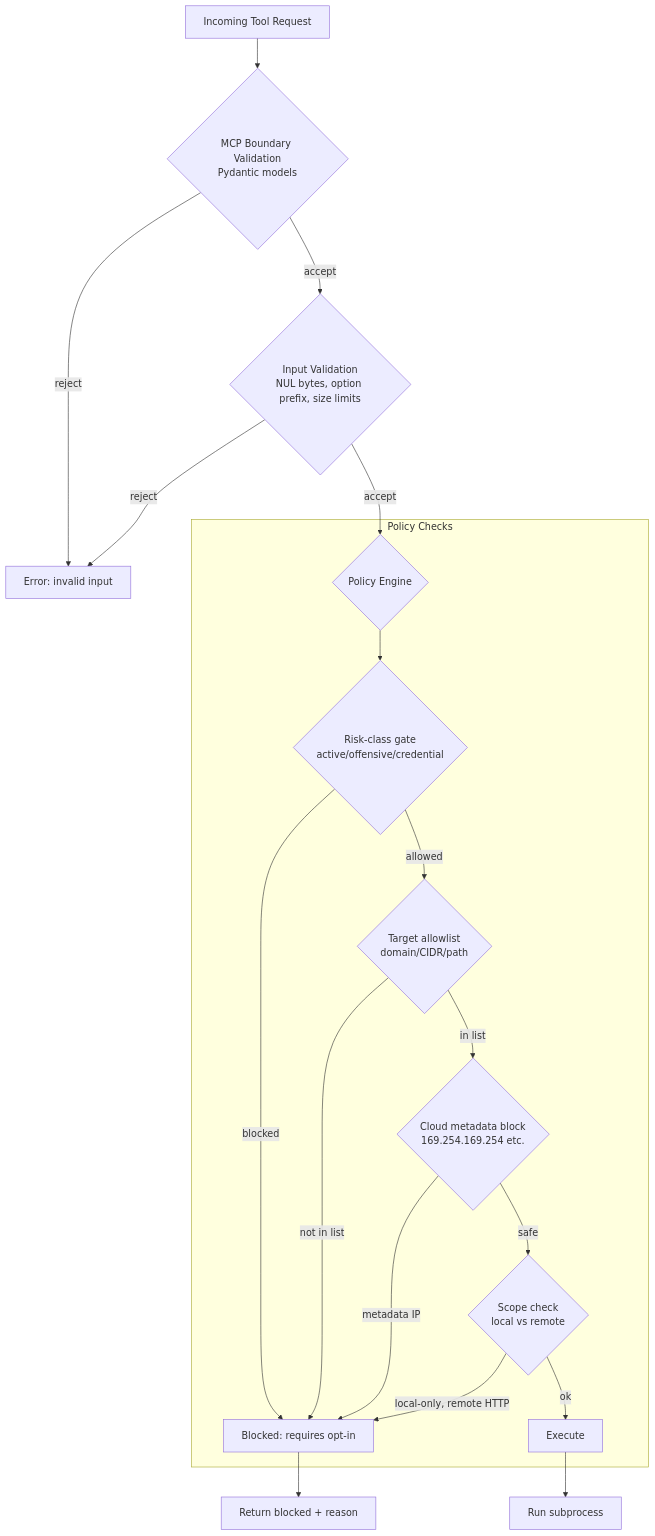
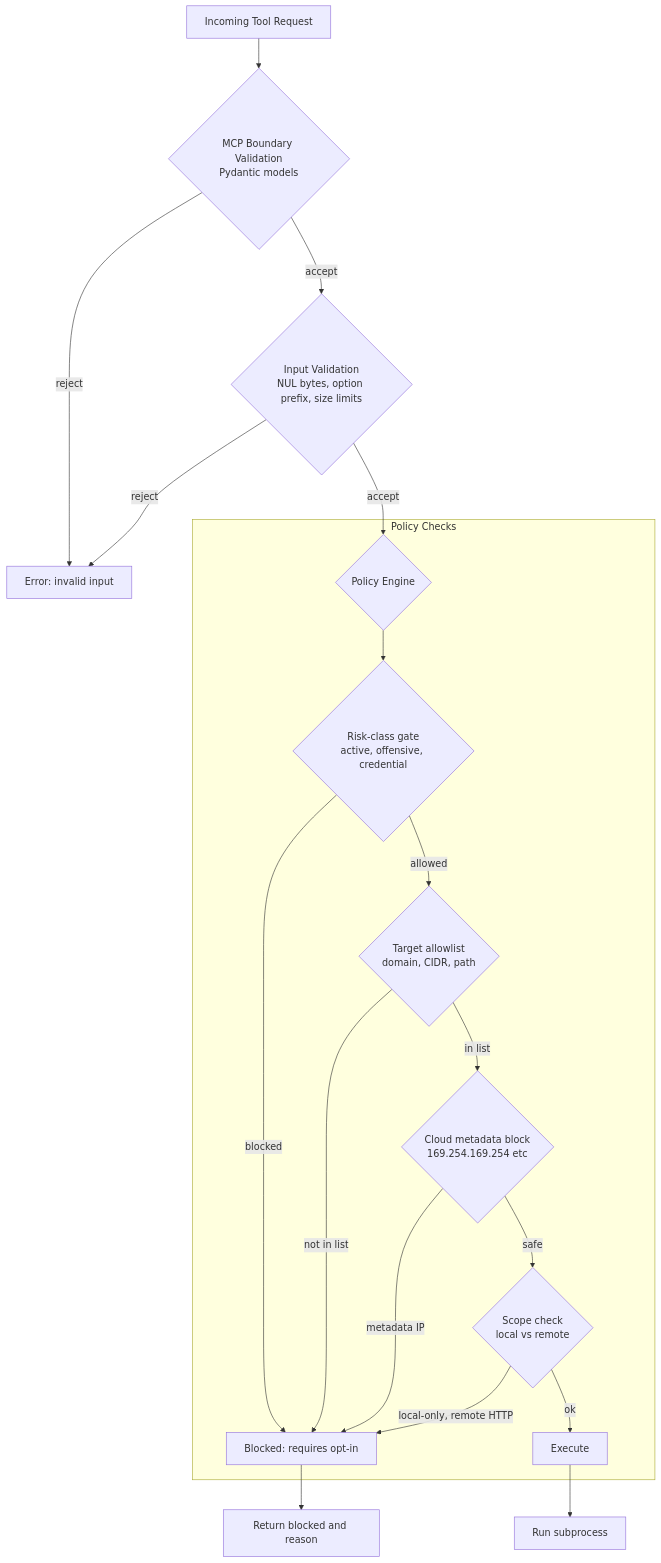
One commit to Zaeem20/ShikariMCP changed the sixth of 7 diagrams in docs/ARCHITECTURE.md. Above: the diagram before and after it, drawn with Mermaid. The commit also changed other lines of this file and 4 other files, not shown here.

First line of the commit message:
fix(docs): quote mermaid labels for GitHub rendering, use image in README

````diff
--- a/docs/ARCHITECTURE.md
+++ b/docs/ARCHITECTURE.md
@@ -240,23 +240,23 @@
 ```mermaid
 flowchart TB
-    REQ[Incoming Tool Request] --> V1{MCP Boundary Validation<br/>Pydantic models}
-    V1 -->|reject| ERR[Error: invalid input]
-    V1 -->|accept| V2{Input Validation<br/>NUL bytes, option prefix, size limits}
+    REQ["Incoming Tool Request"] --> V1{"MCP Boundary Validation<br/>Pydantic models"}
+    V1 -->|reject| ERR["Error: invalid input"]
+    V1 -->|accept| V2{"Input Validation<br/>NUL bytes, option prefix, size limits"}
     V2 -->|reject| ERR
-    V2 -->|accept| P1{Policy Engine}
+    V2 -->|accept| P1{"Policy Engine"}
 
     subgraph PE["Policy Checks"]
-        P1 --> P2{Risk-class gate<br/>active/offensive/credential}
-        P2 -->|blocked| BLK[Blocked: requires opt-in]
-        P2 -->|allowed| P3{Target allowlist<br/>domain/CIDR/path}
+        P1 --> P2{"Risk-class gate<br/>active, offensive, credential"}
+        P2 -->|blocked| BLK["Blocked: requires opt-in"]
+        P2 -->|allowed| P3{"Target allowlist<br/>domain, CIDR, path"}
         P3 -->|not in list| BLK
-        P3 -->|in list| P4{Cloud metadata block<br/>169.254.169.254 etc.}
+        P3 -->|in list| P4{"Cloud metadata block<br/>169.254.169.254 etc"}
         P4 -->|metadata IP| BLK
-        P4 -->|safe| P5{Scope check<br/>local vs remote}
+        P4 -->|safe| P5{"Scope check<br/>local vs remote"}
         P5 -->|local-only, remote HTTP| BLK
-        P5 -->|ok| ALLOW[Execute]
+        P5 -->|ok| ALLOW["Execute"]
     end
 
-    BLK --> RESP[Return blocked + reason]
-    ALLOW --> EXEC[Run subprocess]
+    BLK --> RESP["Return blocked and reason"]
+    ALLOW --> EXEC["Run subprocess"]
 ```
````
